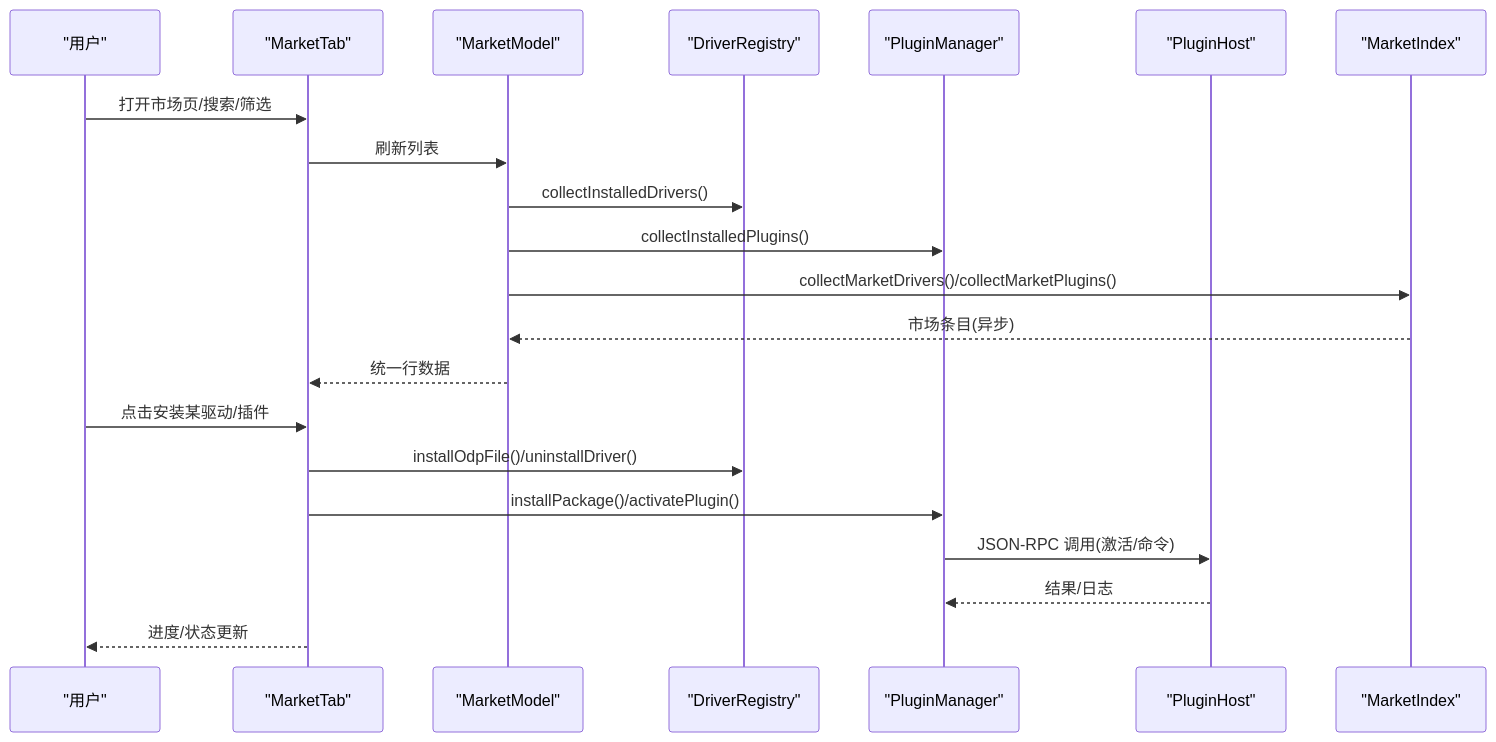
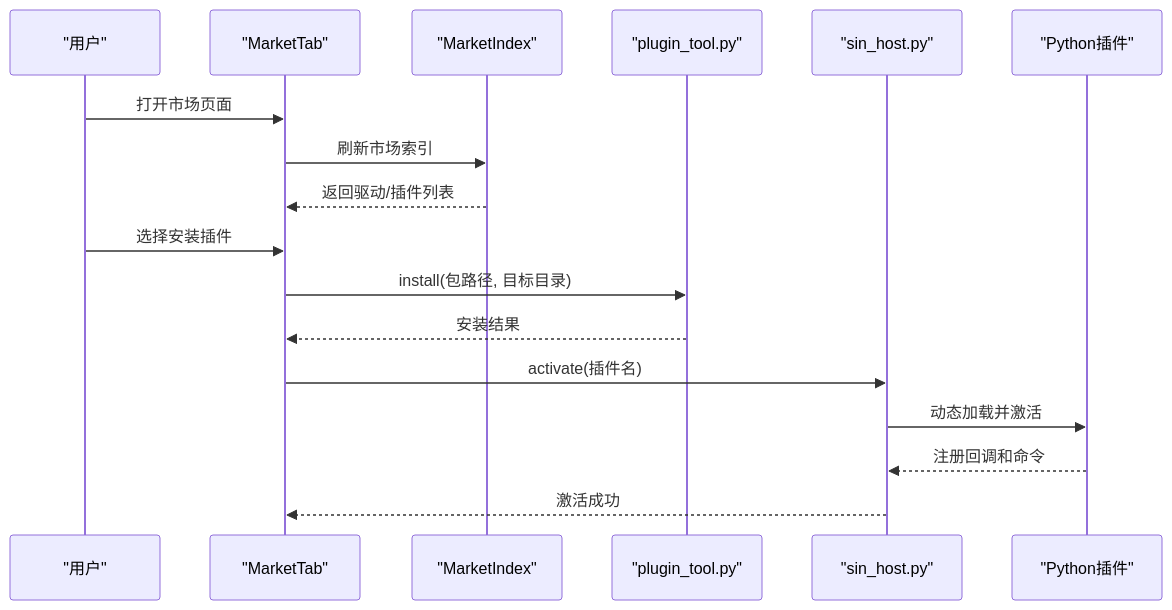
Before and after one commit to jakecai1225-design/OpenBus: the second of 6 diagrams in .qoder/repowiki/zh/content/架构设计/插件系统架构/插件市场系统.md, drawn with Mermaid. The commit also changed other lines of this file and 151 other files, not shown here.

````diff
--- a/.qoder/repowiki/zh/content/架构设计/插件系统架构/插件市场系统.md
+++ b/.qoder/repowiki/zh/content/架构设计/插件系统架构/插件市场系统.md
@@ -116,23 +113,19 @@
 ```mermaid
 sequenceDiagram
 participant User as "用户"
 participant UI as "MarketTab"
-participant MM as "MarketModel"
-participant DR as "DriverRegistry"
-participant PM as "PluginManager"
-participant PH as "PluginHost"
-participant MI as "MarketIndex"
-User->>UI : 打开市场页/搜索/筛选
-UI->>MM : 刷新列表
-MM->>DR : collectInstalledDrivers()
-MM->>PM : collectInstalledPlugins()
-MM->>MI : collectMarketDrivers()/collectMarketPlugins()
-MI-->>MM : 市场条目(异步)
-MM-->>UI : 统一行数据
-User->>UI : 点击安装某驱动/插件
-UI->>DR : installOdpFile()/uninstallDriver()
-UI->>PM : installPackage()/activatePlugin()
-PM->>PH : JSON-RPC 调用(激活/命令)
-PH-->>PM : 结果/日志
-UI-->>User : 进度/状态更新
+participant Index as "MarketIndex"
+participant Tool as "plugin_tool.py"
+participant Host as "sin_host.py"
+participant Plugin as "Python插件"
+User->>UI : 打开市场页面
+UI->>Index : 刷新市场索引
+Index-->>UI : 返回驱动/插件列表
+User->>UI : 选择安装插件
+UI->>Tool : install(包路径, 目标目录)
+Tool-->>UI : 安装结果
+UI->>Host : activate(插件名)
+Host->>Plugin : 动态加载并激活
+Plugin-->>Host : 注册回调和命令
+Host-->>UI : 激活成功
 ```
````
